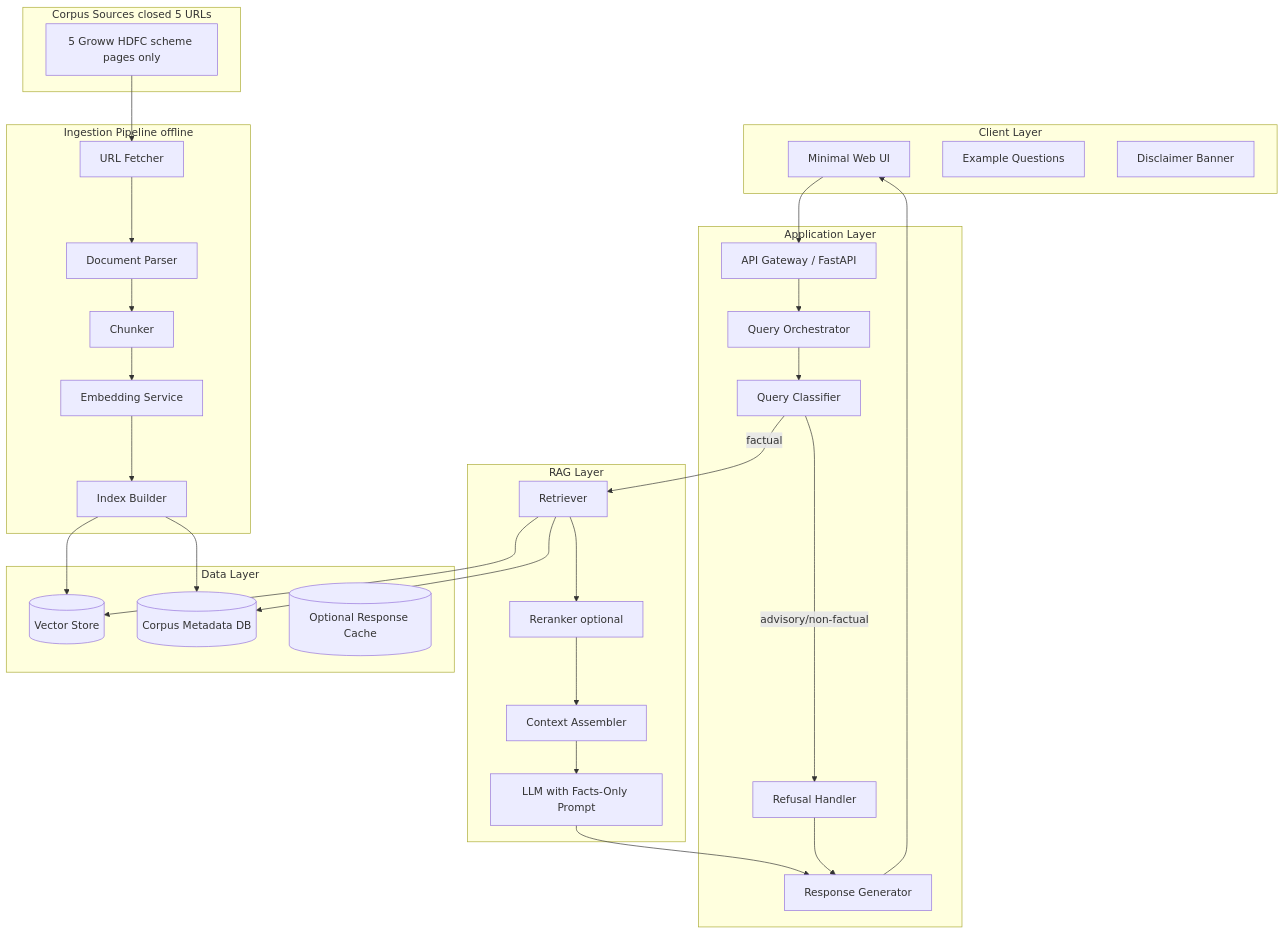
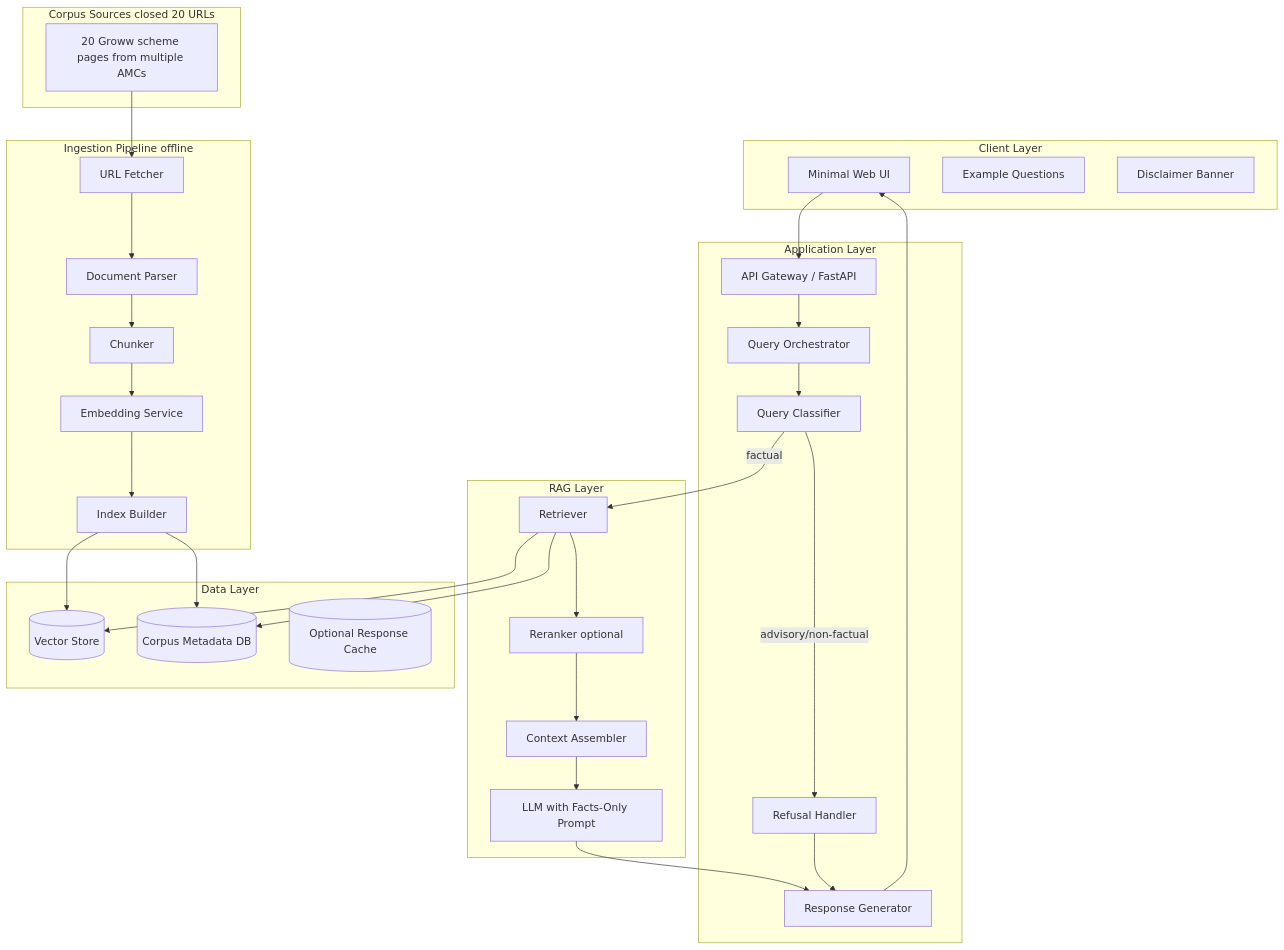
One commit to Rukhsar24081998/MILESTONE2-GROW changed the first of 6 diagrams in docs/phase-wise-architecture.md. Above: the diagram before and after it, drawn with Mermaid. The commit also changed other lines of this file and 1 other file, not shown here.

First line of the commit message:
docs: Update documentation to reflect 20 schemes and multiple AMCs

````diff
--- a/docs/phase-wise-architecture.md
+++ b/docs/phase-wise-architecture.md
@@ -31,60 +31,60 @@
 ```mermaid
 flowchart TB
     subgraph Client["Client Layer"]
         UI[Minimal Web UI]
         ExQ[Example Questions]
         Disc[Disclaimer Banner]
     end
 
     subgraph API["Application Layer"]
         GW[API Gateway / FastAPI]
         ORCH[Query Orchestrator]
         CLASS[Query Classifier]
         GEN[Response Generator]
         REF[Refusal Handler]
     end
 
     subgraph RAG["RAG Layer"]
         RET[Retriever]
         RER[Reranker optional]
         CTX[Context Assembler]
         LLM[LLM with Facts-Only Prompt]
     end
 
     subgraph Data["Data Layer"]
         VDB[(Vector Store)]
         META[(Corpus Metadata DB)]
         CACHE[(Optional Response Cache)]
     end
 
     subgraph Ingest["Ingestion Pipeline offline"]
         CRAWL[URL Fetcher]
         PARSE[Document Parser]
         CHUNK[Chunker]
         EMB[Embedding Service]
         IDX[Index Builder]
     end
 
-    subgraph Sources["Corpus Sources closed 5 URLs"]
-        GROWW[5 Groww HDFC scheme pages only]
+    subgraph Sources["Corpus Sources closed 20 URLs"]
+        GROWW[20 Groww scheme pages from multiple AMCs]
     end
 
     UI --> GW
     GW --> ORCH
     ORCH --> CLASS
     CLASS -->|factual| RET
     CLASS -->|advisory/non-factual| REF
     RET --> VDB
     RET --> META
     RET --> RER
     RER --> CTX
     CTX --> LLM
     LLM --> GEN
     REF --> GEN
     GEN --> UI
 
     GROWW --> CRAWL
     CRAWL --> PARSE --> CHUNK --> EMB --> IDX
     IDX --> VDB
     IDX --> META
 ```
````
